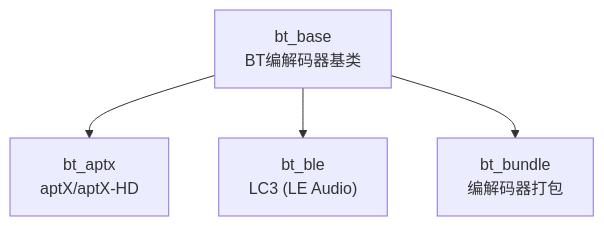
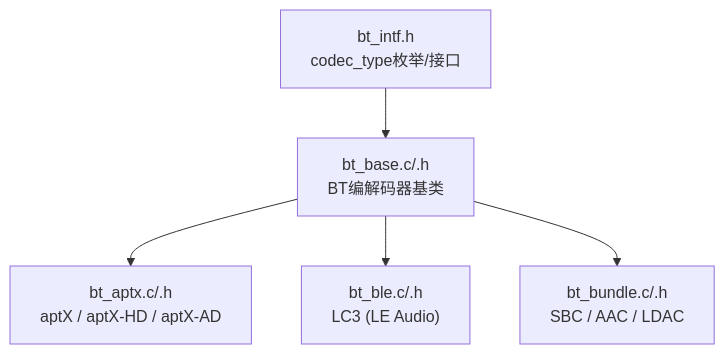
Before and after one commit to yanglinzhen1022/SA8295_AAOS_QNX_Audio_KnowledgeBase: the first of 8 diagrams in 15_PAL_Architecture/15_15.11_编解码器插件_pluginscodecs.md, drawn with Mermaid. The commit also changed other lines of this file and 3 other files, not shown here.

Commit message:
architecture

````diff
--- a/15_PAL_Architecture/15_15.11_编解码器插件_pluginscodecs.md
+++ b/15_PAL_Architecture/15_15.11_编解码器插件_pluginscodecs.md
@@ -16,10 +21,12 @@
 ```mermaid
 graph TB
-    BTBase["bt_base<br/>BT编解码器基类"]
-    BTAptx["bt_aptx<br/>aptX/aptX-HD"]
-    BTBle["bt_ble<br/>LC3 (LE Audio)"]
-    BTBundle["bt_bundle<br/>编解码器打包"]
+    BTBase["bt_base.c/.h<br/>BT编解码器基类"]
+    BTAptx["bt_aptx.c/.h<br/>aptX / aptX-HD / aptX-AD"]
+    BTBle["bt_ble.c/.h<br/>LC3 (LE Audio)"]
+    BTBundle["bt_bundle.c/.h<br/>SBC / AAC / LDAC"]
+    BTIntf["bt_intf.h<br/>codec_type枚举/接口"]
     BTBase --> BTAptx
     BTBase --> BTBle
     BTBase --> BTBundle
+    BTIntf --> BTBase
 ```
````
